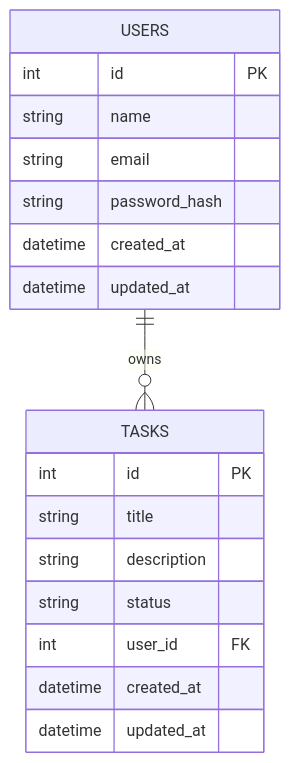
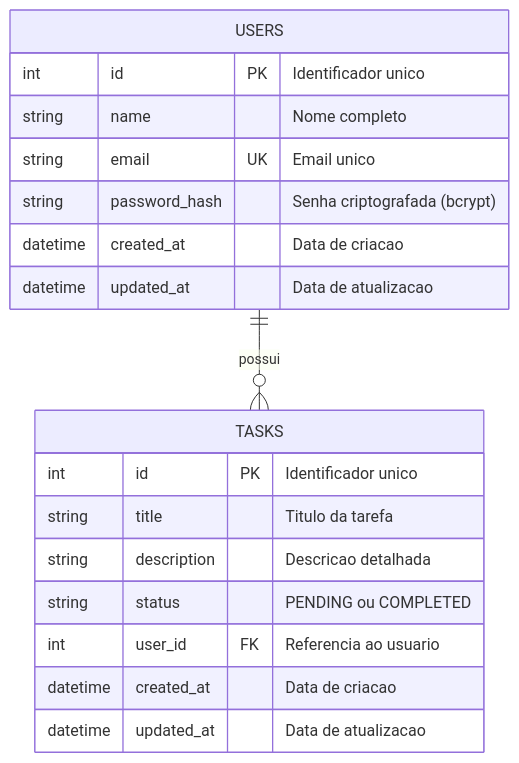
The diagram in docs/er-diagram.md (DPontello/zettalab-desafio-ii), drawn with Mermaid before and after one commit. The commit also changed other lines of this file, not shown here.

Commit message:
docs: improve ER diagram with constraints

````diff
--- a/docs/er-diagram.md
+++ b/docs/er-diagram.md
@@ -3,23 +5,23 @@
 ```mermaid
 erDiagram
-  USERS ||--o{ TASKS : owns
+  USERS ||--o{ TASKS : "possui"
 
   USERS {
-    int id PK
-    string name
-    string email
-    string password_hash
-    datetime created_at
-    datetime updated_at
+    int id PK "Identificador unico"
+    string name "Nome completo"
+    string email UK "Email unico"
+    string password_hash "Senha criptografada (bcrypt)"
+    datetime created_at "Data de criacao"
+    datetime updated_at "Data de atualizacao"
   }
 
   TASKS {
-    int id PK
-    string title
-    string description
-    string status
-    int user_id FK
-    datetime created_at
-    datetime updated_at
+    int id PK "Identificador unico"
+    string title "Titulo da tarefa"
+    string description "Descricao detalhada"
+    string status "PENDING ou COMPLETED"
+    int user_id FK "Referencia ao usuario"
+    datetime created_at "Data de criacao"
+    datetime updated_at "Data de atualizacao"
   }
 ```
````
